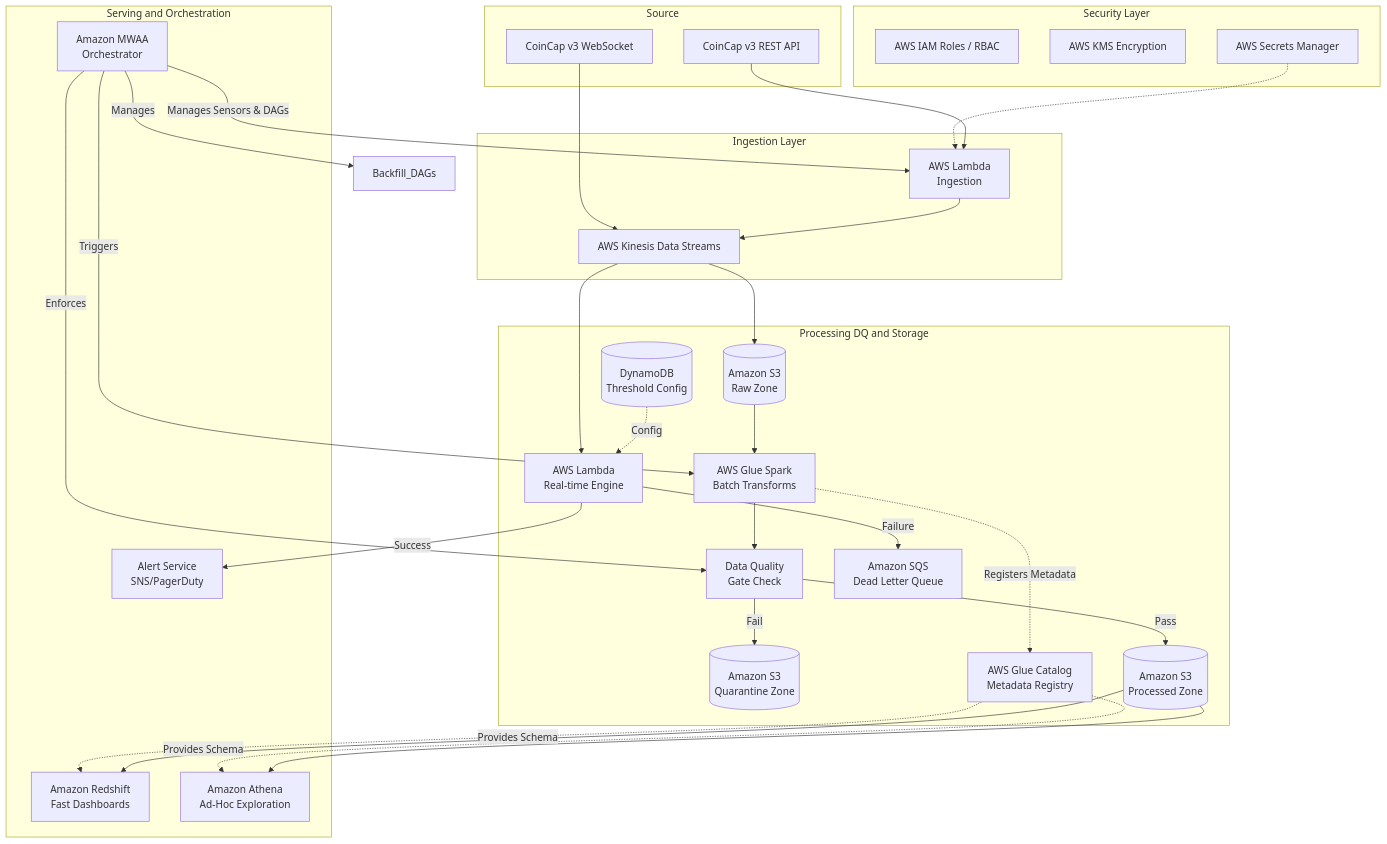
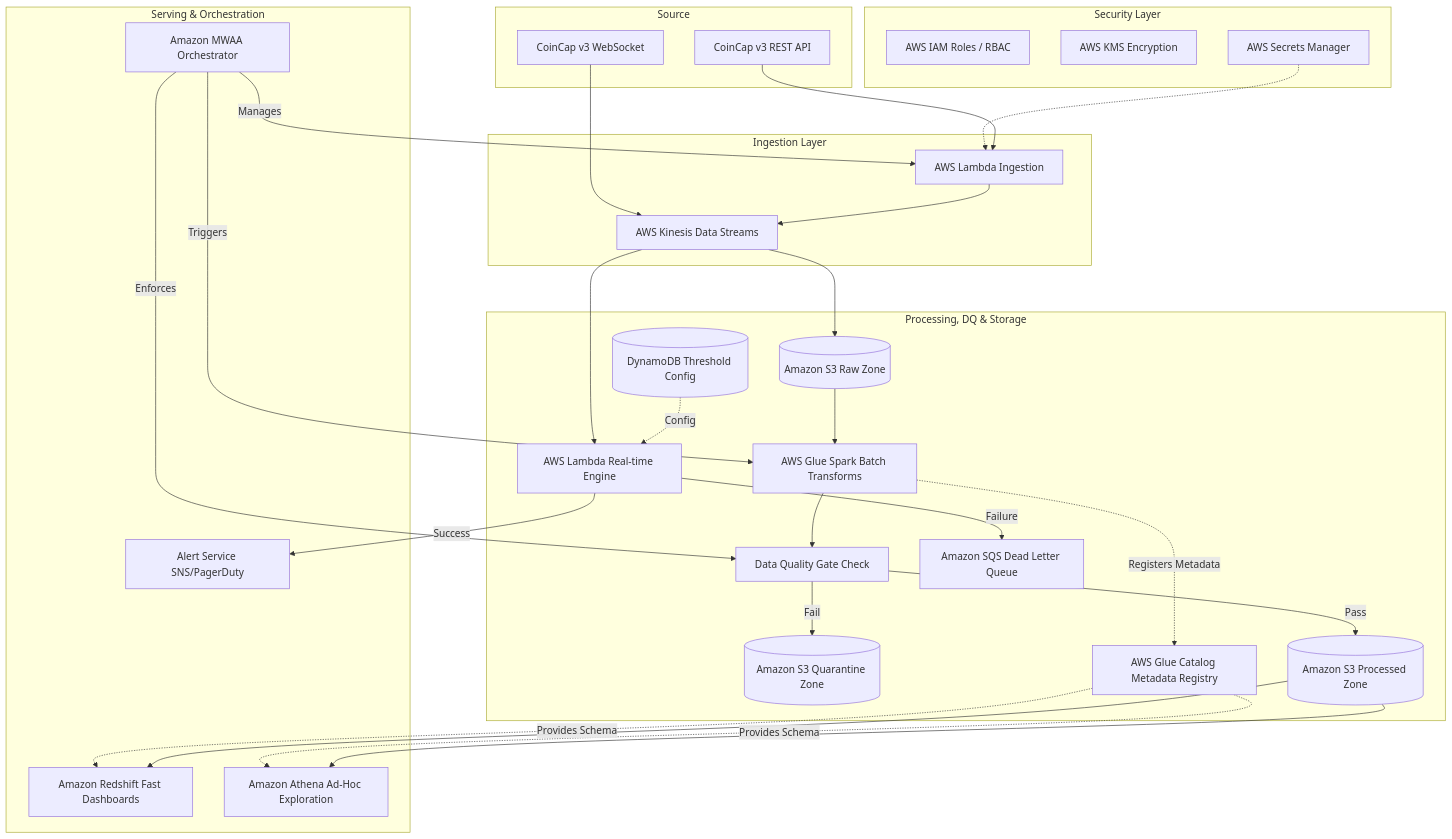
Before and after one commit to asitm55/Crypto-Market-Data-Pipeline: the diagram in ARCHITECTURE.md, drawn with Mermaid.

````diff
--- a/ARCHITECTURE.md
+++ b/ARCHITECTURE.md
@@ -58,71 +58,70 @@
 ```mermaid
 flowchart TD
-    subgraph Security Layer
+    subgraph Security_Layer ["Security Layer"]
         IAM[AWS IAM Roles / RBAC]
         KMS[AWS KMS Encryption]
         Secrets[AWS Secrets Manager]
     end
 
     subgraph Source
         WS[CoinCap v3 WebSocket]
         REST[CoinCap v3 REST API]
     end
 
-    subgraph Ingestion Layer
-        LambdaPoll[AWS Lambda\nIngestion]
+    subgraph Ingestion_Layer ["Ingestion Layer"]
+        LambdaPoll["AWS Lambda Ingestion"]
         Kinesis[AWS Kinesis Data Streams]
     end
 
-    subgraph Processing DQ and Storage
-        S3Raw[(Amazon S3\nRaw Zone)]
-        S3Quarantine[(Amazon S3\nQuarantine Zone)]
-        S3Proc[(Amazon S3\nProcessed Zone)]
+    subgraph Processing_DQ_Storage ["Processing, DQ & Storage"]
+        S3Raw[("Amazon S3 Raw Zone")]
+        S3Quarantine[("Amazon S3 Quarantine Zone")]
+        S3Proc[("Amazon S3 Processed Zone")]
         
-        GlueBatch[AWS Glue Spark\nBatch Transforms]
-        DQ[Data Quality\nGate Check]
-        GlueCat[AWS Glue Catalog\nMetadata Registry]
+        GlueBatch["AWS Glue Spark Batch Transforms"]
+        DQ["Data Quality Gate Check"]
+        GlueCat["AWS Glue Catalog Metadata Registry"]
         
-        LambdaRT[AWS Lambda\nReal-time Engine]
-        DLQ[Amazon SQS\nDead Letter Queue]
-        DynamoDB[(DynamoDB\nThreshold Config)]
+        LambdaRT["AWS Lambda Real-time Engine"]
+        DLQ["Amazon SQS Dead Letter Queue"]
+        DynamoDB[("DynamoDB Threshold Config")]
     end
 
-    subgraph Serving and Orchestration
-        MWAA[Amazon MWAA\nOrchestrator]
-        Redshift[Amazon Redshift\nFast Dashboards]
-        Athena[Amazon Athena\nAd-Hoc Exploration]
-        Alerts[Alert Service\nSNS/PagerDuty]
+    subgraph Serving_Orchestration ["Serving & Orchestration"]
+        MWAA["Amazon MWAA Orchestrator"]
+        Redshift["Amazon Redshift Fast Dashboards"]
+        Athena["Amazon Athena Ad-Hoc Exploration"]
+        Alerts["Alert Service SNS/PagerDuty"]
     end
 
     %% Ingestion Flow
     Secrets -.-> LambdaPoll
     WS --> Kinesis
     REST --> LambdaPoll --> Kinesis
     
     %% Real-time Flow
     Kinesis --> LambdaRT
     DynamoDB -.->|Config| LambdaRT
     LambdaRT -->|Success| Alerts
     LambdaRT -->|Failure| DLQ
     
     %% Batch Storage & DQ Flow
     Kinesis --> S3Raw
     S3Raw --> GlueBatch
     GlueBatch --> DQ
     DQ -->|Pass| S3Proc
     DQ -->|Fail| S3Quarantine
     
     %% Catalog & Serving
     GlueBatch -.->|Registers Metadata| GlueCat
     GlueCat -.->|Provides Schema| Athena
     GlueCat -.->|Provides Schema| Redshift
     
     S3Proc --> Redshift
     S3Proc --> Athena
 
     %% Orchestration Paths
-    MWAA -->|Manages Sensors & DAGs| LambdaPoll
+    MWAA -->|Manages| LambdaPoll
     MWAA -->|Triggers| GlueBatch
     MWAA -->|Enforces| DQ
-    MWAA -->|Manages| Backfill_DAGs
 ```
````
